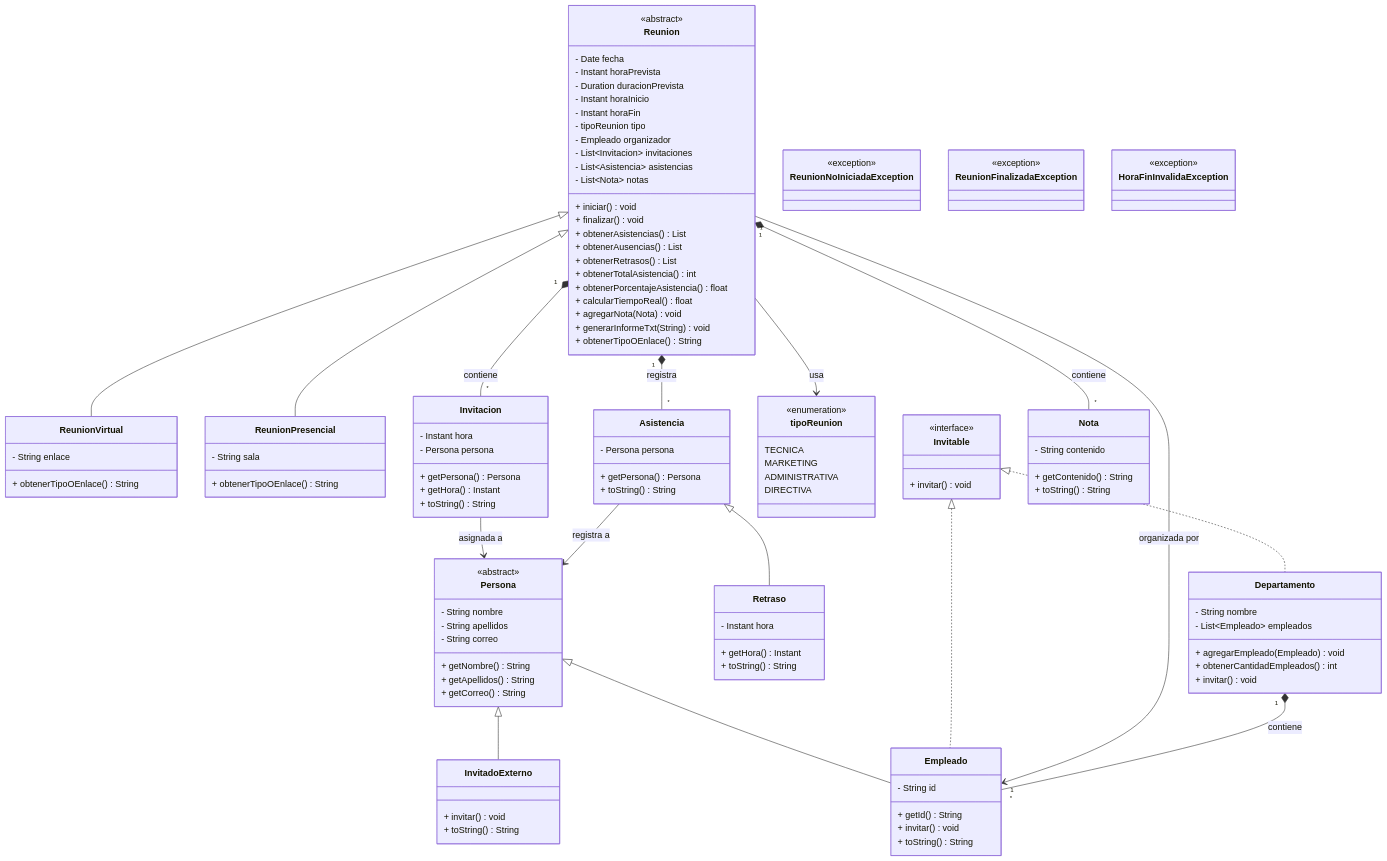
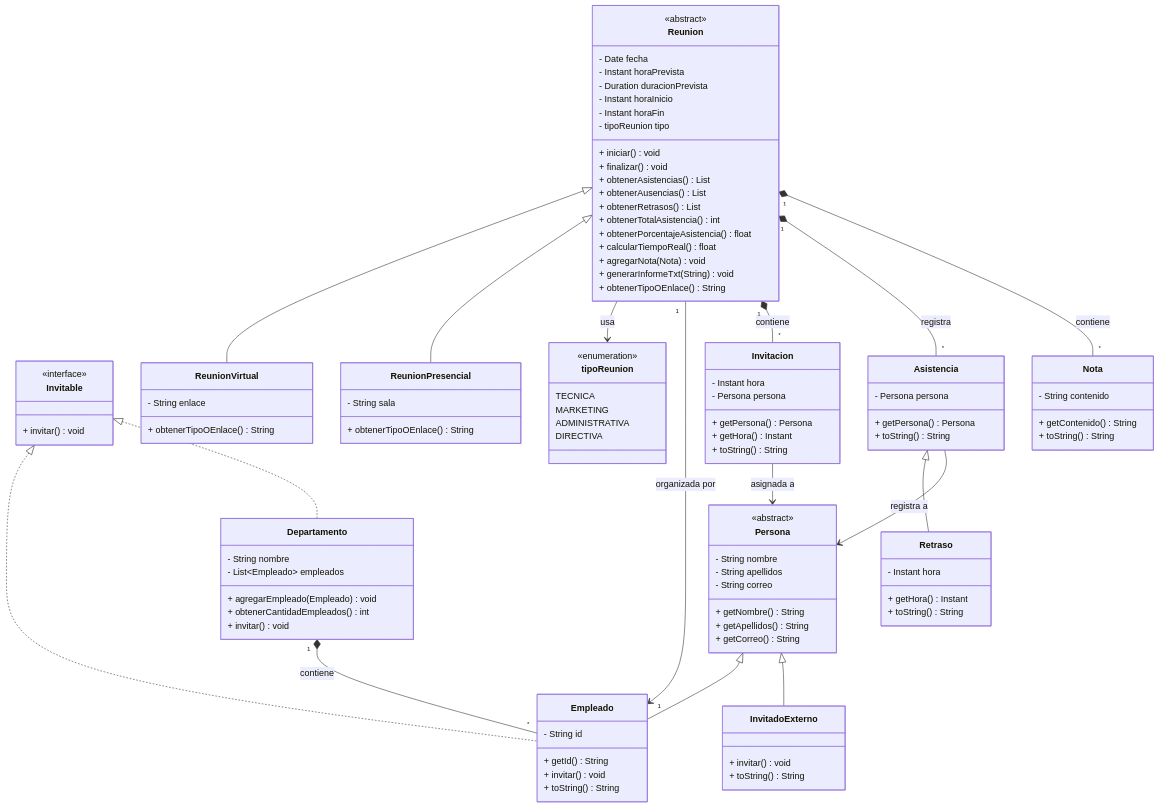
Before and after one commit to poch4kkoo/tarea2: the first of 2 diagrams in README.md, drawn with Mermaid. The commit also changed other lines of this file, not shown here.

Commit message:
Mejora visualizacion UML

````diff
--- a/README.md
+++ b/README.md
@@ -35,27 +37,8 @@
 ```mermaid
 classDiagram
-    %% Herencia
-    Persona <|-- Empleado
-    Persona <|-- InvitadoExterno
-    Reunion <|-- ReunionVirtual
-    Reunion <|-- ReunionPresencial
-    Asistencia <|-- Retraso
+    direction TB
  
-    %% Interfaces
-    Invitable <|.. Empleado
-    Invitable <|.. Departamento
- 
-    %% Asociaciones
-    Reunion --> tipoReunion : usa
-    Reunion "1" *-- "*" Invitacion : contiene
-    Reunion "1" *-- "*" Asistencia : registra
-    Reunion "1" *-- "*" Nota : contiene
-    Reunion "1" --> "1" Empleado : organizada por
-    Invitacion --> Persona : asignada a
-    Asistencia --> Persona : registra a
-    Departamento "1" *-- "*" Empleado : contiene
- 
-    %% Clases
+    %% ── PARTICIPANTES ──────────────────────────────────────────
     class Persona {
         <<abstract>>
         - String nombre
@@ -65,19 +48,20 @@
         + getApellidos() String
         + getCorreo() String
     }
- 
     class Empleado {
         - String id
         + getId() String
         + invitar() void
         + toString() String
     }
- 
     class InvitadoExterno {
         + invitar() void
         + toString() String
     }
- 
+    class Invitable {
+        <<interface>>
+        + invitar() void
+    }
     class Departamento {
         - String nombre
         - List~Empleado~ empleados
@@ -86,17 +70,13 @@
         + invitar() void
     }
  
-    class Invitable {
-        <<interface>>
-        + invitar() void
-    }
+    Persona       <|-- Empleado
+    Persona       <|-- InvitadoExterno
+    Invitable     <|.. Empleado
+    Invitable     <|.. Departamento
+    Departamento  "1" *-- "*" Empleado : contiene
  
-    class Nota {
-        - String contenido
-        + getContenido() String
-        + toString() String
-    }
- 
+    %% ── REUNIÓN ────────────────────────────────────────────────
     class Reunion {
         <<abstract>>
         - Date fecha
@@ -105,10 +85,6 @@
         - Instant horaInicio
         - Instant horaFin
         - tipoReunion tipo
-        - Empleado organizador
-        - List~Invitacion~ invitaciones
-        - List~Asistencia~ asistencias
-        - List~Nota~ notas
         + iniciar() void
         + finalizar() void
         + obtenerAsistencias() List
@@ -121,37 +97,14 @@
         + generarInformeTxt(String) void
         + obtenerTipoOEnlace() String
     }
- 
     class ReunionVirtual {
         - String enlace
         + obtenerTipoOEnlace() String
     }
- 
     class ReunionPresencial {
         - String sala
         + obtenerTipoOEnlace() String
     }
- 
-    class Invitacion {
-        - Instant hora
-        - Persona persona
-        + getPersona() Persona
-        + getHora() Instant
-        + toString() String
-    }
- 
-    class Asistencia {
-        - Persona persona
-        + getPersona() Persona
-        + toString() String
-    }
- 
-    class Retraso {
-        - Instant hora
-        + getHora() Instant
-        + toString() String
-    }
- 
     class tipoReunion {
         <<enumeration>>
         TECNICA
@@ -160,15 +113,39 @@
         DIRECTIVA
     }
  
-    class ReunionNoIniciadaException {
-        <<exception>>
+    Reunion       <|-- ReunionVirtual
+    Reunion       <|-- ReunionPresencial
+    Reunion       --> tipoReunion       : usa
+    Reunion "1"   --> "1" Empleado      : organizada por
+ 
+    %% ── ASISTENCIA E INVITACIÓN ────────────────────────────────
+    class Invitacion {
+        - Instant hora
+        - Persona persona
+        + getPersona() Persona
+        + getHora() Instant
+        + toString() String
+    }
+    class Asistencia {
+        - Persona persona
+        + getPersona() Persona
+        + toString() String
+    }
+    class Retraso {
+        - Instant hora
+        + getHora() Instant
+        + toString() String
+    }
+    class Nota {
+        - String contenido
+        + getContenido() String
+        + toString() String
     }
  
-    class ReunionFinalizadaException {
-        <<exception>>
-    }
- 
-    class HoraFinInvalidaException {
-        <<exception>>
-    }
+    Asistencia    <|-- Retraso
+    Reunion  "1"  *-- "*" Invitacion  : contiene
+    Reunion  "1"  *-- "*" Asistencia  : registra
+    Reunion  "1"  *-- "*" Nota        : contiene
+    Invitacion    --> Persona          : asignada a
+    Asistencia    --> Persona          : registra a
 ```
````
